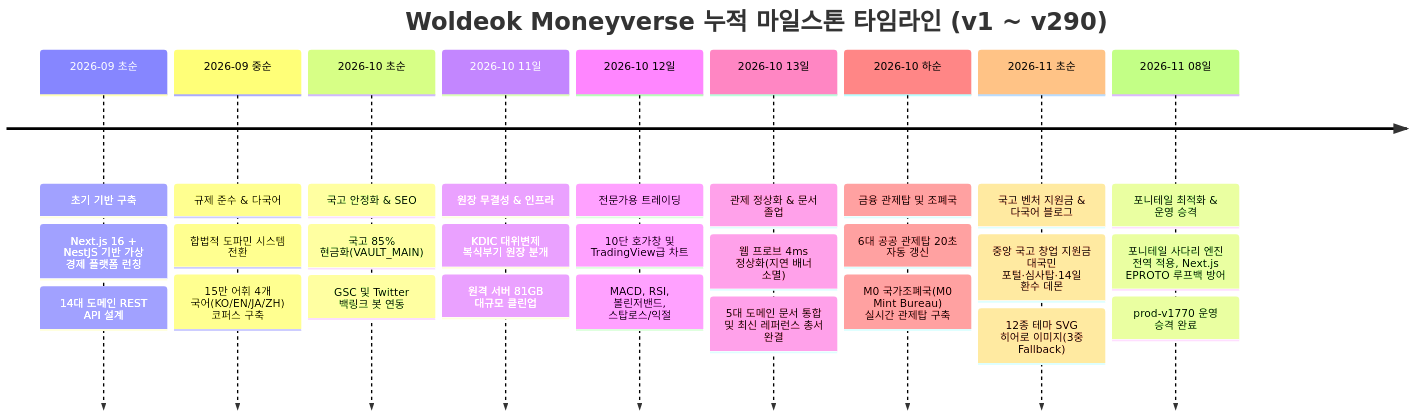
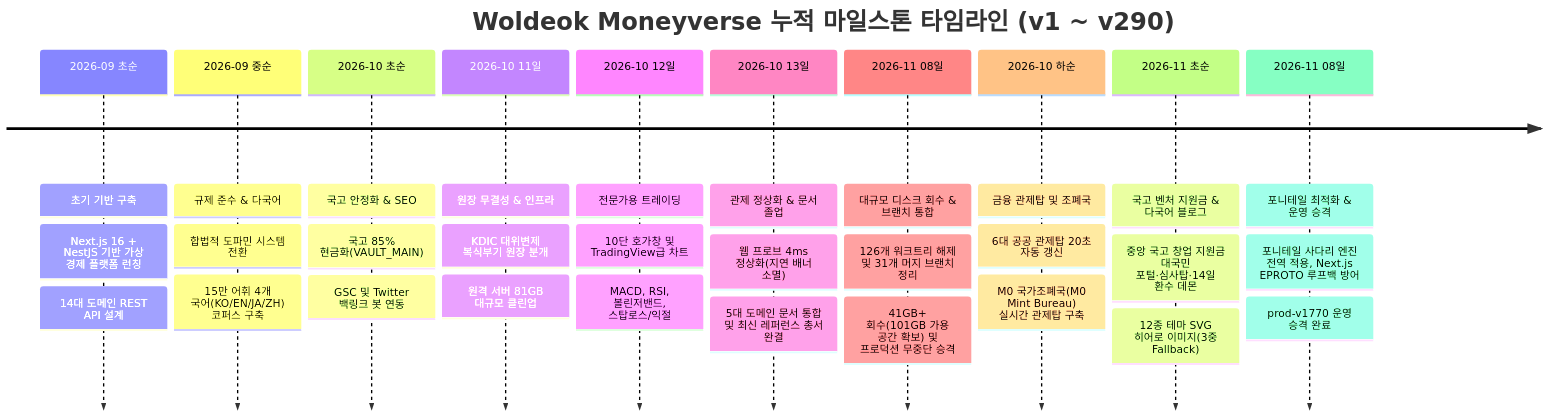
One commit to wtrdd1-hash/Woldeok-Moneyverse-Migration changed the diagram in docs/DEVELOPMENT_STATUS_AND_MASTER_REFERENCE.ko.md. Above: the diagram before and after it, drawn with Mermaid. The commit also changed other lines of this file and 1 other file, not shown here.

````diff
--- a/docs/DEVELOPMENT_STATUS_AND_MASTER_REFERENCE.ko.md
+++ b/docs/DEVELOPMENT_STATUS_AND_MASTER_REFERENCE.ko.md
@@ -32,13 +32,14 @@
 ```mermaid
 timeline
     title Woldeok Moneyverse 누적 마일스톤 타임라인 (v1 ~ v290)
     2026-09 초순 : 초기 기반 구축 : Next.js 16 + NestJS 기반 가상 경제 플랫폼 런칭 : 14대 도메인 REST API 설계
     2026-09 중순 : 규제 준수 & 다국어 : 합법적 도파민 시스템 전환 : 15만 어휘 4개 국어(KO/EN/JA/ZH) 코퍼스 구축
     2026-10 초순 : 국고 안정화 & SEO : 국고 85% 현금화(VAULT_MAIN) : GSC 및 Twitter 백링크 봇 연동
     2026-10 11일 : 원장 무결성 & 인프라 : KDIC 대위변제 복식부기 원장 분개 : 원격 서버 81GB 대규모 클린업
     2026-10 12일 : 전문가용 트레이딩 : 10단 호가창 및 TradingView급 차트 : MACD, RSI, 볼린저밴드, 스탑로스/익절
     2026-10 13일 : 관제 정상화 & 문서 졸업 : 웹 프로브 4ms 정상화(지연 배너 소멸) : 5대 도메인 문서 통합 및 최신 레퍼런스 총서 완결
+    2026-11 08일 : 대규모 디스크 회수 & 브랜치 통합 : 126개 워크트리 해제 및 31개 머지 브랜치 정리 : 41GB+ 회수(101GB 가용 공간 확보) 및 프로덕션 무중단 승격
     2026-10 하순 : 금융 관제탑 및 조폐국 : 6대 공공 관제탑 20초 자동 갱신 : M0 국가조폐국(M0 Mint Bureau) 실시간 관제탑 구축
     2026-11 초순 : 국고 벤처 지원금 & 다국어 블로그 : 중앙 국고 창업 지원금 대국민 포털·심사탑·14일 환수 데몬 : 12종 테마 SVG 히어로 이미지(3중 Fallback)
     2026-11 08일 : 포니테일 최적화 & 운영 승격 : 포니테일 사다리 엔진 전역 적용, Next.js EPROTO 루프백 방어 : prod-v1770 운영 승격 완료
 ```
````
